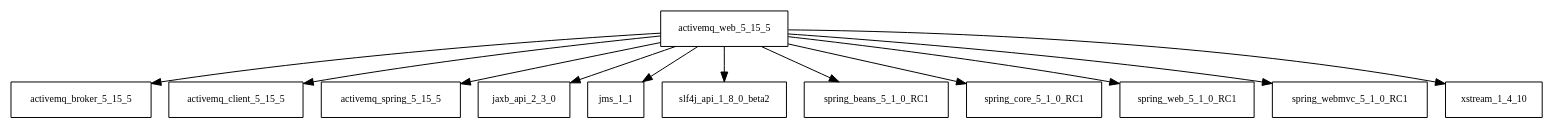
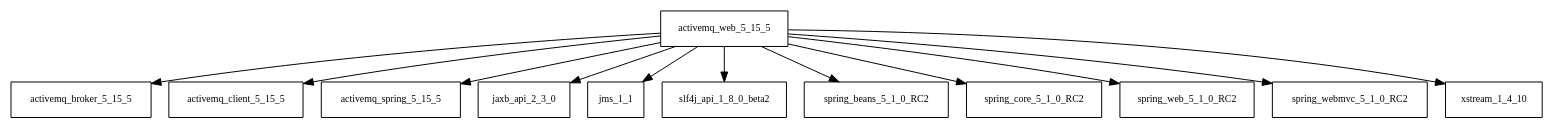
Before and after one commit to sjvs/cia: the diagram in tattleTaleReport/graphviz/activemq-web-5.15.5.jar/activemq-web-5.15.5.jar.dot, drawn with Graphviz. The commit also changed 2896 other files, not shown here.

```diff
--- a/tattleTaleReport/graphviz/activemq-web-5.15.5.jar/activemq-web-5.15.5.jar.dot
+++ b/tattleTaleReport/graphviz/activemq-web-5.15.5.jar/activemq-web-5.15.5.jar.dot
@@ -1,14 +1,14 @@
 digraph activemq_web_5_15_5_dependencies {
   node [shape = box, fontsize=10.0];
   activemq_web_5_15_5 -> activemq_broker_5_15_5;
   activemq_web_5_15_5 -> activemq_client_5_15_5;
   activemq_web_5_15_5 -> activemq_spring_5_15_5;
   activemq_web_5_15_5 -> jaxb_api_2_3_0;
   activemq_web_5_15_5 -> jms_1_1;
   activemq_web_5_15_5 -> slf4j_api_1_8_0_beta2;
-  activemq_web_5_15_5 -> spring_beans_5_1_0_RC1;
-  activemq_web_5_15_5 -> spring_core_5_1_0_RC1;
-  activemq_web_5_15_5 -> spring_web_5_1_0_RC1;
-  activemq_web_5_15_5 -> spring_webmvc_5_1_0_RC1;
+  activemq_web_5_15_5 -> spring_beans_5_1_0_RC2;
+  activemq_web_5_15_5 -> spring_core_5_1_0_RC2;
+  activemq_web_5_15_5 -> spring_web_5_1_0_RC2;
+  activemq_web_5_15_5 -> spring_webmvc_5_1_0_RC2;
   activemq_web_5_15_5 -> xstream_1_4_10;
 }
```
